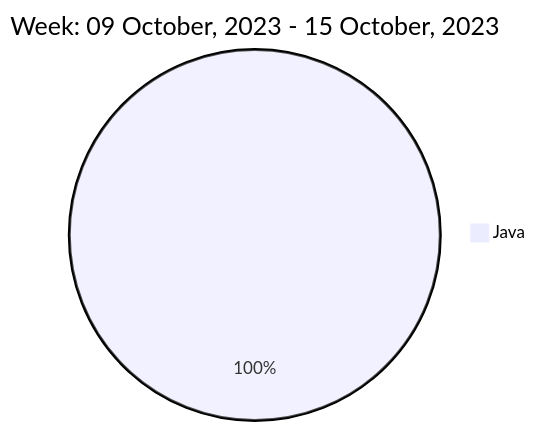
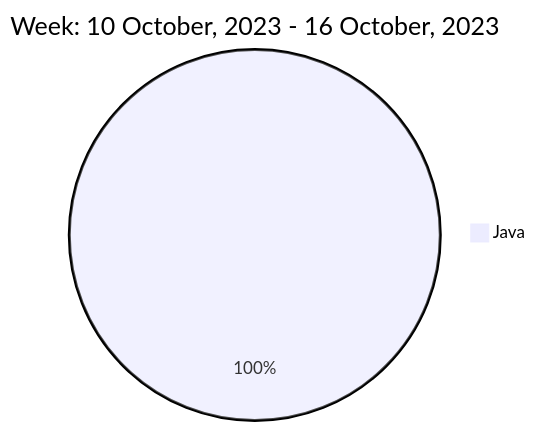
The diagram in README.md (liubin95/liubin95), drawn with Mermaid before and after one commit.

Commit message:
Updated the Graph with new Metrics

````diff
--- a/README.md
+++ b/README.md
@@ -40,5 +40,5 @@
 ```mermaid
  pie
-title Week: 09 October, 2023 - 15 October, 2023
- "Java" : 2.28
+title Week: 10 October, 2023 - 16 October, 2023
+ "Java" : 2.78
 ```
````
